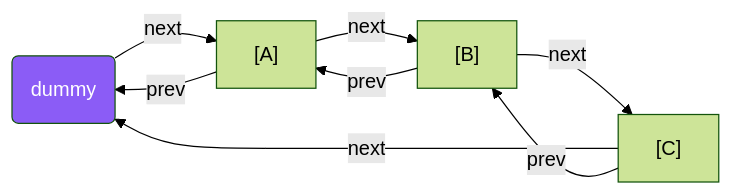
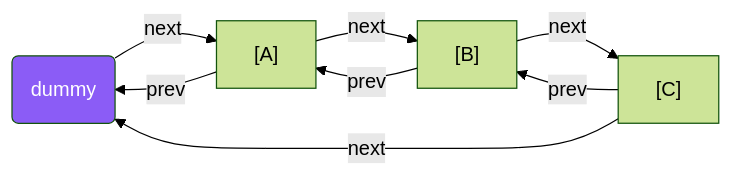
The first of 5 diagrams in DLList.md (Georgebruh/cpp-structures-and-algorithms), drawn with Mermaid (forest theme) before and after one commit. The commit also changed other lines of this file, not shown here.

````diff
--- a/DLList.md
+++ b/DLList.md
@@ -25,11 +25,11 @@
 ```mermaid
-graph LR
-    DUMMY(dummy) -->|next| A
-    A["[A]"] -->|next| B["[B]"]
+flowchart LR
+    DUMMY(dummy) -->|next| A["[A]"]
+    A -->|next| B["[B]"]
     B -->|next| C["[C]"]
+    B -->|prev| A
+    C -->|prev| B
+    A -->|prev| DUMMY
     C -->|next| DUMMY
-    C -->|prev| B
-    B -->|prev| A
-    A -->|prev| DUMMY
     style DUMMY fill:#8B5CF6,color:#fff
 ```
````
